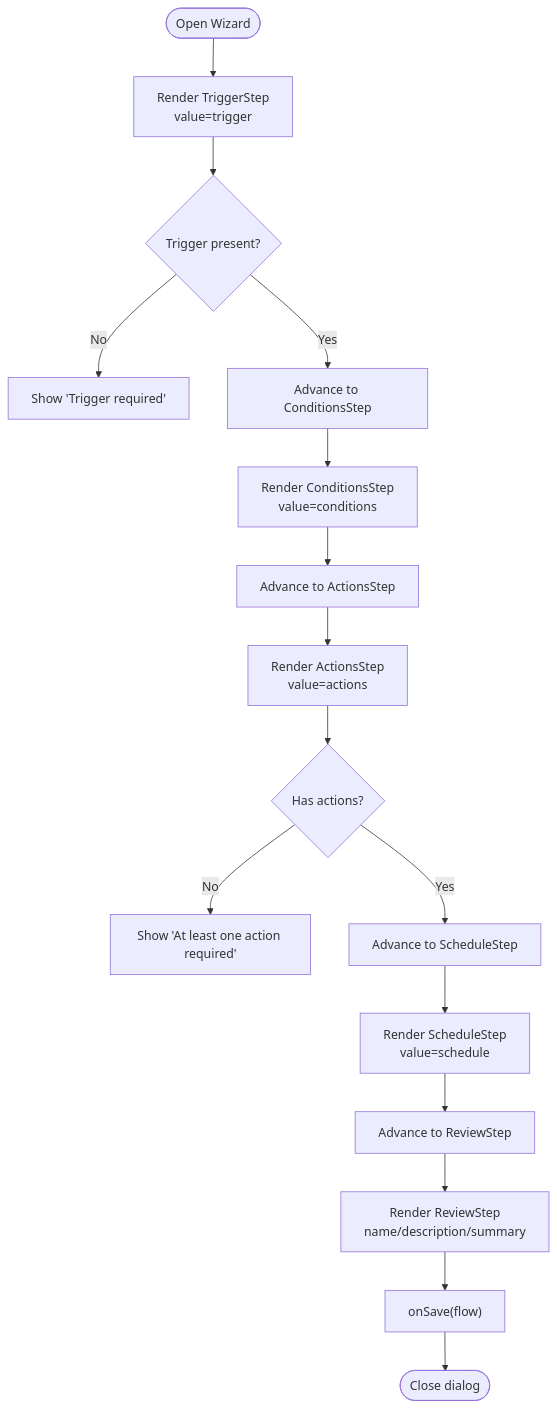
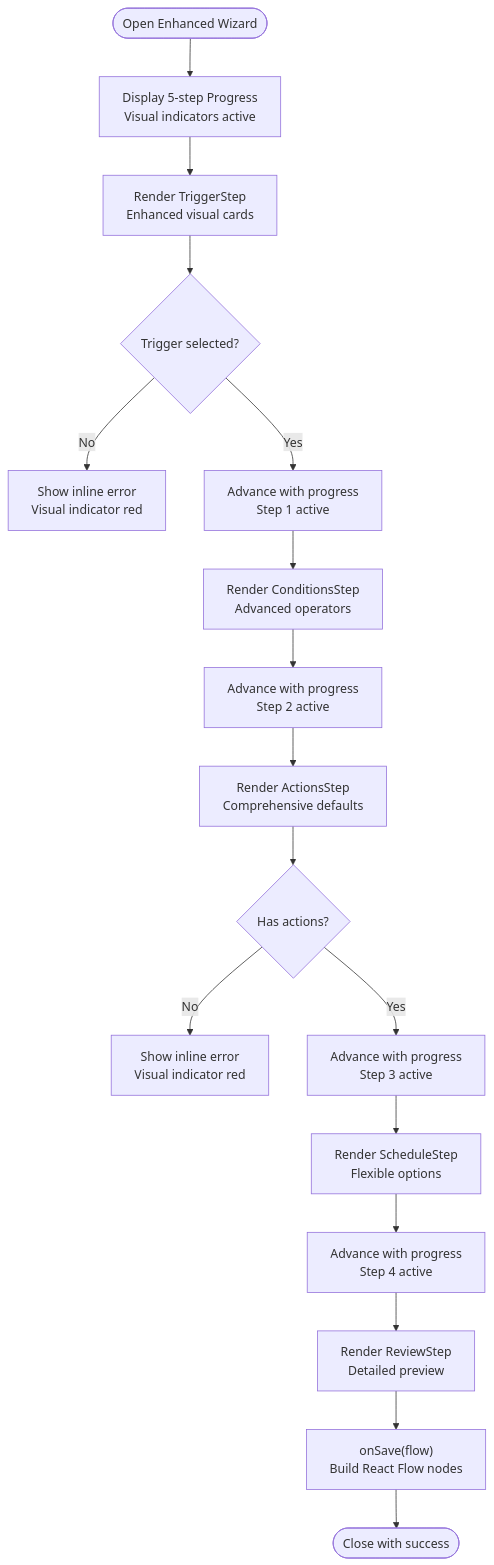
One commit to gastaldellomarco/pcReady changed the third of 10 diagrams in .qoder/repowiki/en/content/Automation System/Automation Flow Builder.md. Above: the diagram before and after it, drawn with Mermaid. The commit also changed other lines of this file and 19 other files, not shown here.

First line of the commit message:
feat(automation): enhance Automation Flow Builder with dual-mode design and advanced UI

````diff
--- a/.qoder/repowiki/en/content/Automation System/Automation Flow Builder.md
+++ b/.qoder/repowiki/en/content/Automation System/Automation Flow Builder.md
@@ -170,18 +201,19 @@
 ```mermaid
 flowchart TD
-Start([Open Wizard]) --> Step0["Render TriggerStep<br/>value=trigger"]
-Step0 --> Validate0{"Trigger present?"}
-Validate0 --> |No| Error0["Show 'Trigger required'"]
-Validate0 --> |Yes| Next0["Advance to ConditionsStep"]
-Next0 --> Step1["Render ConditionsStep<br/>value=conditions"]
-Step1 --> Next1["Advance to ActionsStep"]
-Next1 --> Step2["Render ActionsStep<br/>value=actions"]
+Start([Open Enhanced Wizard]) --> Progress["Display 5-step Progress<br/>Visual indicators active"]
+Progress --> Step0["Render TriggerStep<br/>Enhanced visual cards"]
+Step0 --> Validate0{"Trigger selected?"}
+Validate0 --> |No| Error0["Show inline error<br/>Visual indicator red"]
+Validate0 --> |Yes| Next0["Advance with progress<br/>Step 1 active"]
+Next0 --> Step1["Render ConditionsStep<br/>Advanced operators"]
+Step1 --> Next1["Advance with progress<br/>Step 2 active"]
+Next1 --> Step2["Render ActionsStep<br/>Comprehensive defaults"]
 Step2 --> Validate2{"Has actions?"}
-Validate2 --> |No| Error2["Show 'At least one action required'"]
-Validate2 --> |Yes| Next2["Advance to ScheduleStep"]
-Next2 --> Step3["Render ScheduleStep<br/>value=schedule"]
-Step3 --> Next3["Advance to ReviewStep"]
-Next3 --> Step4["Render ReviewStep<br/>name/description/summary"]
-Step4 --> Save["onSave(flow)"]
-Save --> End([Close dialog])
+Validate2 --> |No| Error2["Show inline error<br/>Visual indicator red"]
+Validate2 --> |Yes| Next2["Advance with progress<br/>Step 3 active"]
+Next2 --> Step3["Render ScheduleStep<br/>Flexible options"]
+Step3 --> Next3["Advance with progress<br/>Step 4 active"]
+Next3 --> Step4["Render ReviewStep<br/>Detailed preview"]
+Step4 --> Save["onSave(flow)<br/>Build React Flow nodes"]
+Save --> End([Close with success])
 ```
````
